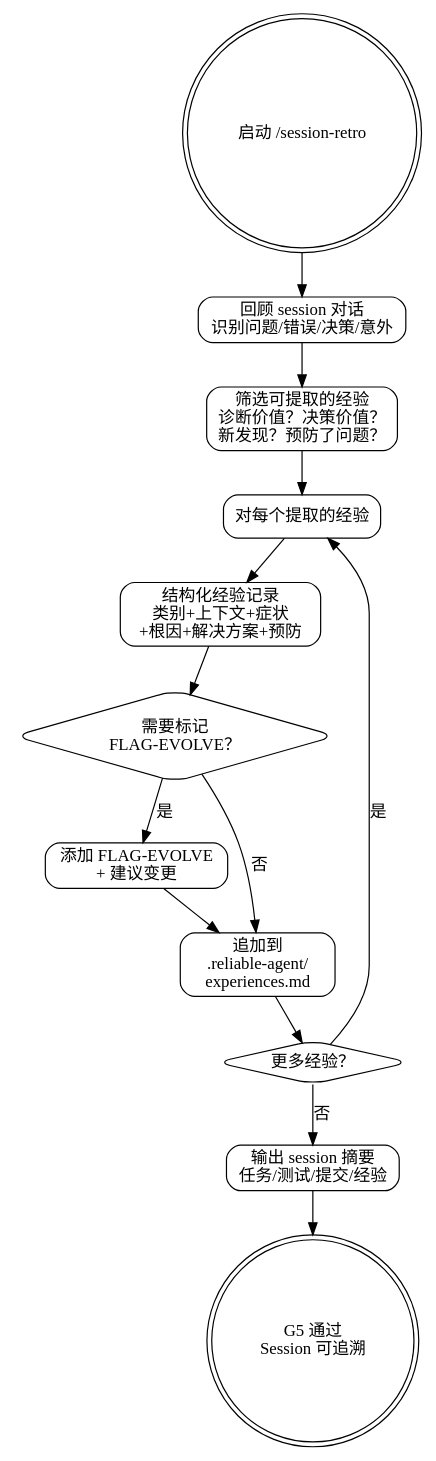
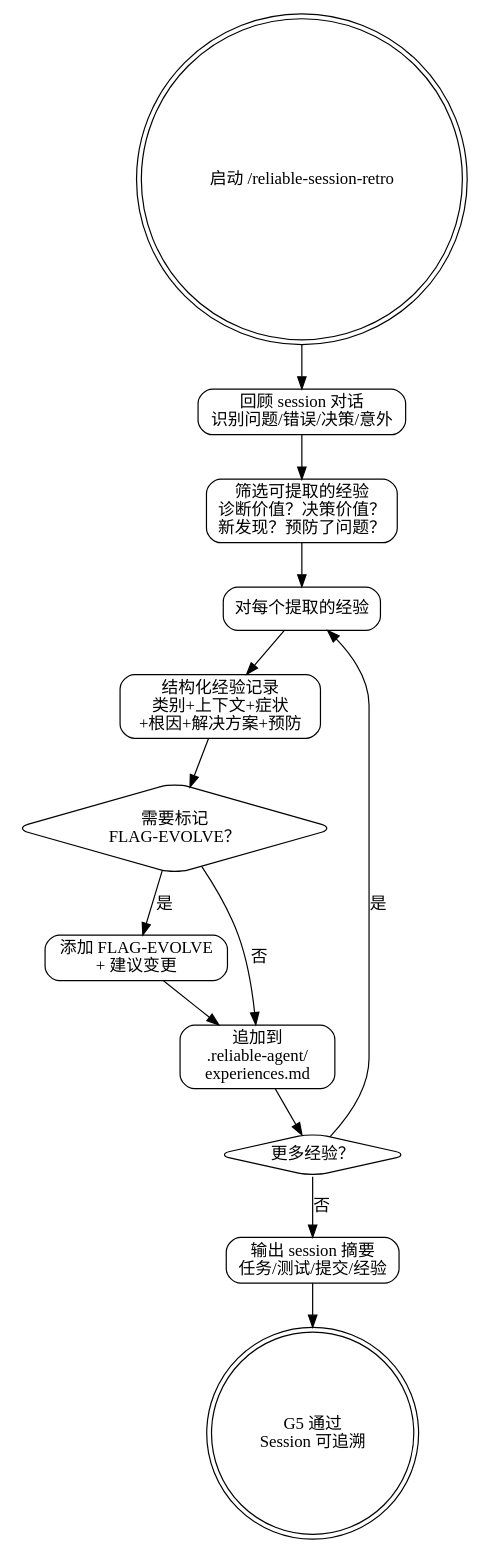
The diagram in skills/reliable-session-retro/SKILL.md (sueichen/reliable-agent), drawn with Graphviz before and after one commit. The commit also changed other lines of this file and 49 other files, not shown here.

````diff
--- a/skills/reliable-session-retro/SKILL.md
+++ b/skills/reliable-session-retro/SKILL.md
@@ -26,31 +26,31 @@
 ```dot
 digraph reliable_session_retro {
     rankdir=TB;
     node [shape=box, style=rounded];
 
-    start [label="启动 /session-retro", shape=doublecircle];
+    start [label="启动 /reliable-session-retro", shape=doublecircle];
     review [label="回顾 session 对话\n识别问题/错误/决策/意外"];
     filter [label="筛选可提取的经验\n诊断价值？决策价值？\n新发现？预防了问题？"];
     for_each [label="对每个提取的经验"];
     structure [label="结构化经验记录\n类别+上下文+症状\n+根因+解决方案+预防"];
     check_flag [label="需要标记\nFLAG-EVOLVE？", shape=diamond];
     add_flag [label="添加 FLAG-EVOLVE\n+ 建议变更"];
     append [label="追加到\n.reliable-agent/\nexperiences.md"];
     more [label="更多经验？", shape=diamond];
     summary [label="输出 session 摘要\n任务/测试/提交/经验"];
     done [label="G5 通过\nSession 可追溯", shape=doublecircle];
 
     start -> review;
     review -> filter;
     filter -> for_each;
     for_each -> structure;
     structure -> check_flag;
     check_flag -> add_flag [label="是"];
     check_flag -> append [label="否"];
     add_flag -> append;
     append -> more;
     more -> for_each [label="是"];
     more -> summary [label="否"];
     summary -> done;
 }
 ```
````
